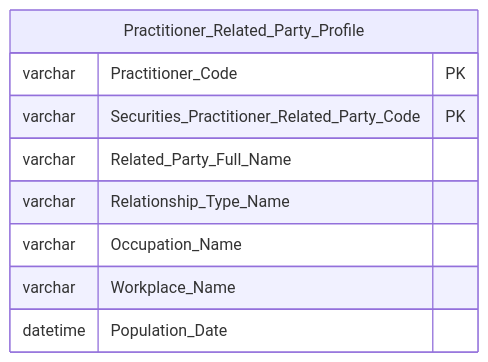
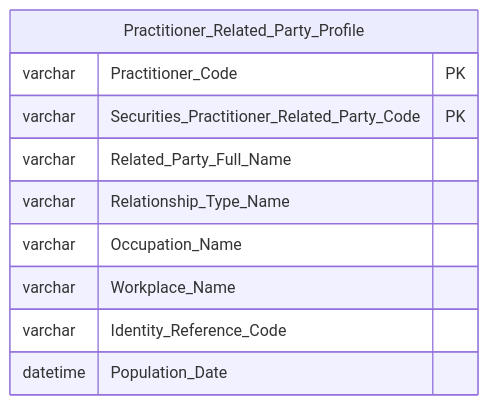
Before and after one commit to linhlvit/ubck_atomic_design: diagram 27 of 31 in Datamart/hld/DTM_NHNCK_HLD.md, drawn with Mermaid. The commit also changed other lines of this file and 1 other file, not shown here.

````diff
--- a/Datamart/hld/DTM_NHNCK_HLD.md
+++ b/Datamart/hld/DTM_NHNCK_HLD.md
@@ -1198,12 +1200,13 @@
 ```mermaid
 erDiagram
     Practitioner_Related_Party_Profile {
         varchar Practitioner_Code PK
         varchar Securities_Practitioner_Related_Party_Code PK
         varchar Related_Party_Full_Name
         varchar Relationship_Type_Name
         varchar Occupation_Name
         varchar Workplace_Name
+        varchar Identity_Reference_Code
         datetime Population_Date
     }
 ```
````
